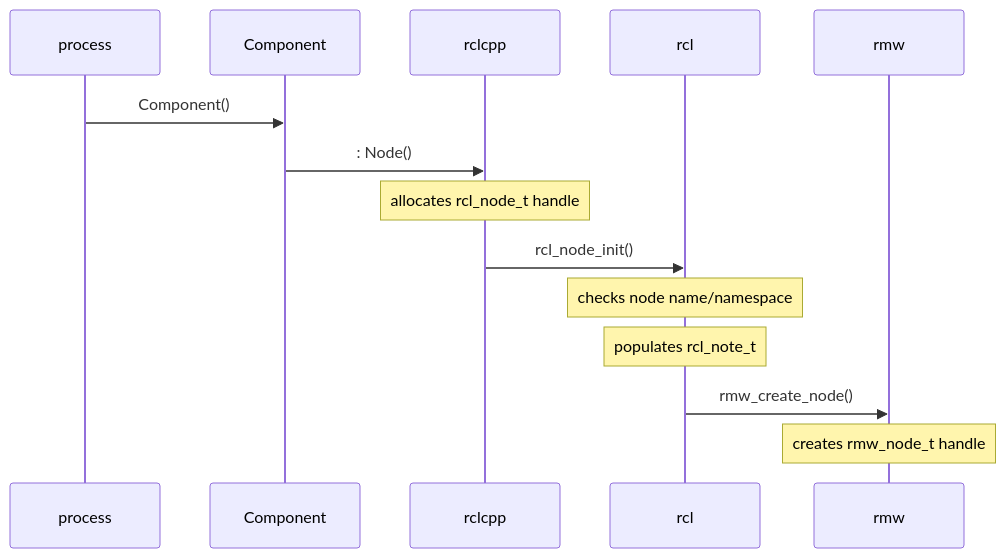
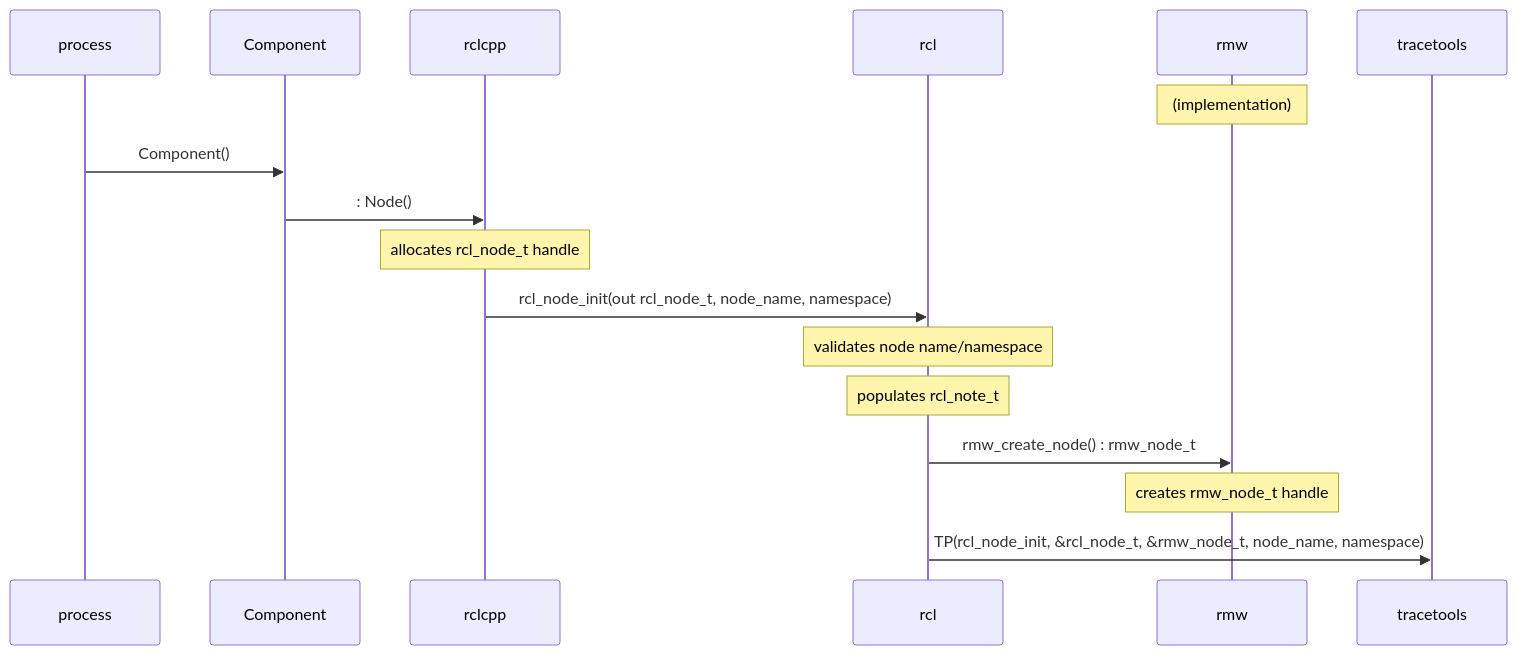
Before and after one commit to ros2/ros2_tracing: the second of 6 diagrams in doc/ros_2.md, drawn with Mermaid. The commit also changed other lines of this file, not shown here.

````diff
--- a/doc/ros_2.md
+++ b/doc/ros_2.md
@@ -43,17 +46,22 @@
 ```mermaid
 sequenceDiagram
     participant process
     participant Component
     participant rclcpp
     participant rcl
     participant rmw
+    participant tracetools
+
+    Note over rmw: (implementation)
 
     process->>Component: Component()
     Component->>rclcpp: : Node()
     Note over rclcpp: allocates rcl_node_t handle
-    rclcpp->>rcl: rcl_node_init()
-    Note over rcl: checks node name/namespace
+    rclcpp->>rcl: rcl_node_init(out rcl_node_t, node_name, namespace)
+    Note over rcl: validates node name/namespace
     Note over rcl: populates rcl_note_t
-    rcl->>rmw: rmw_create_node()
+    rcl->>rmw: rmw_create_node() : rmw_node_t
     Note over rmw: creates rmw_node_t handle
+
+    rcl->>tracetools: TP(rcl_node_init, &rcl_node_t, &rmw_node_t, node_name, namespace)
 ```
````
